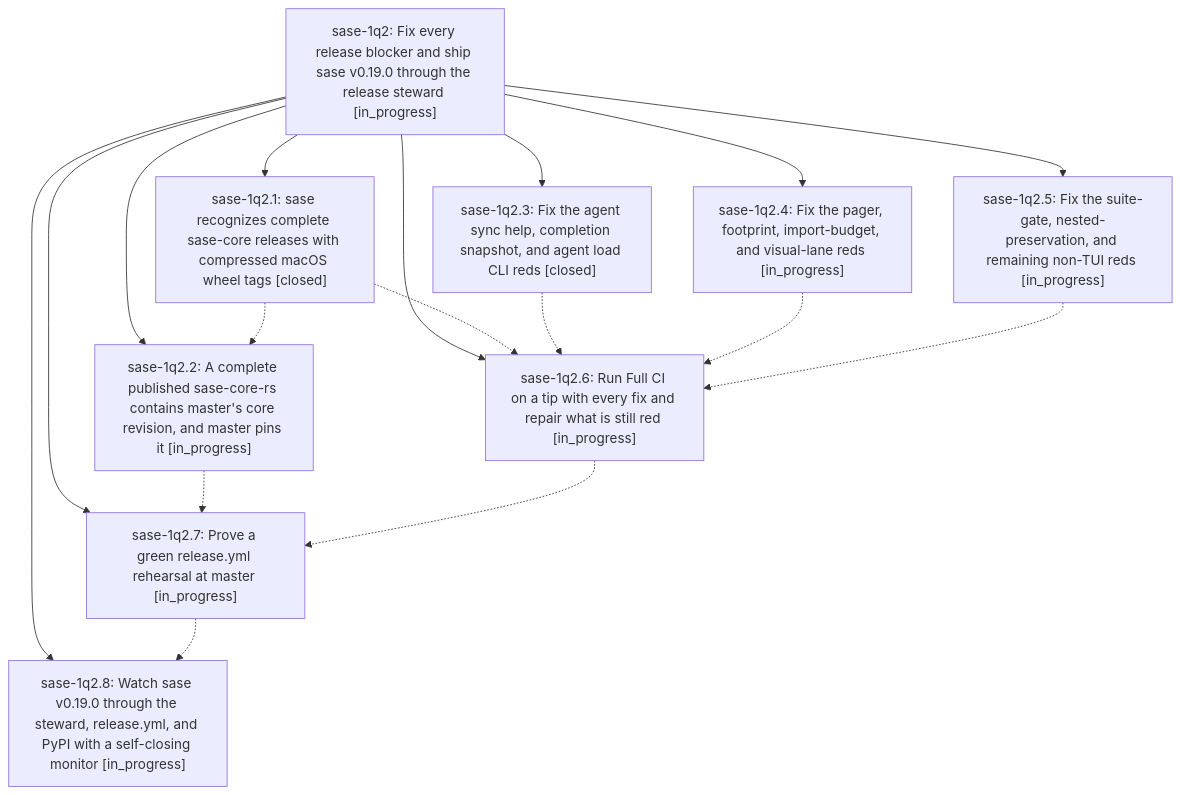
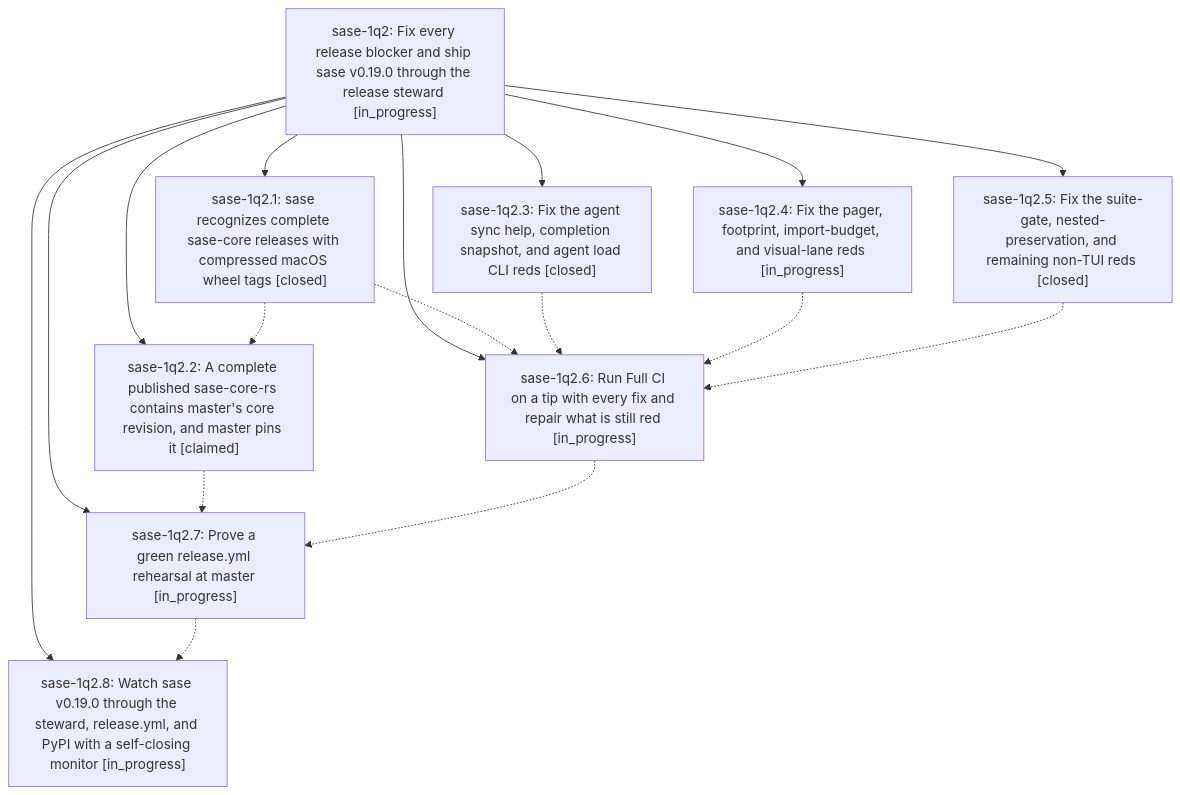
The diagram in pages/sase-1q2/README.md (sase-org/sase--beads), drawn with Mermaid before and after one commit. The commit also changed other lines of this file and 5 other files, not shown here.

````diff
--- a/pages/sase-1q2/README.md
+++ b/pages/sase-1q2/README.md
@@ -47,28 +47,28 @@
 ```mermaid
 flowchart TD
     n0["sase-1q2: Fix every release blocker and ship sase v0.19.0 through the release steward [in_progress]"]
     n1["sase-1q2.1: sase recognizes complete sase-core releases with compressed macOS wheel tags [closed]"]
-    n2["sase-1q2.2: A complete published sase-core-rs contains master's core revision, and master pins it [in_progress]"]
+    n2["sase-1q2.2: A complete published sase-core-rs contains master's core revision, and master pins it [claimed]"]
     n3["sase-1q2.3: Fix the agent sync help, completion snapshot, and agent load CLI reds [closed]"]
     n4["sase-1q2.4: Fix the pager, footprint, import-budget, and visual-lane reds [in_progress]"]
-    n5["sase-1q2.5: Fix the suite-gate, nested-preservation, and remaining non-TUI reds [in_progress]"]
+    n5["sase-1q2.5: Fix the suite-gate, nested-preservation, and remaining non-TUI reds [closed]"]
     n6["sase-1q2.6: Run Full CI on a tip with every fix and repair what is still red [in_progress]"]
     n7["sase-1q2.7: Prove a green release.yml rehearsal at master [in_progress]"]
     n8["sase-1q2.8: Watch sase v0.19.0 through the steward, release.yml, and PyPI with a self-closing monitor [in_progress]"]
     n0 --> n1
     n0 --> n2
     n0 --> n3
     n0 --> n4
     n0 --> n5
     n0 --> n6
     n0 --> n7
     n0 --> n8
     n1 -.-> n2
     n1 -.-> n6
     n2 -.-> n7
     n3 -.-> n6
     n4 -.-> n6
     n5 -.-> n6
     n6 -.-> n7
     n7 -.-> n8
 ```
````
